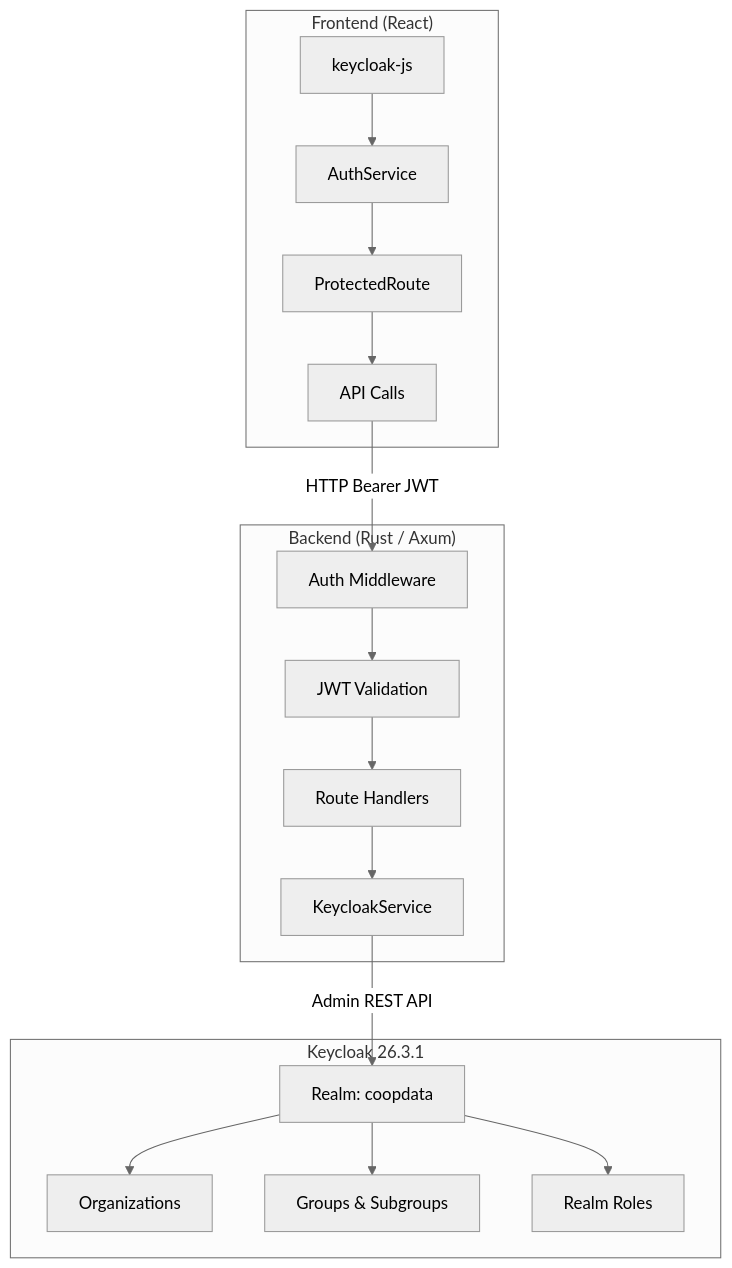
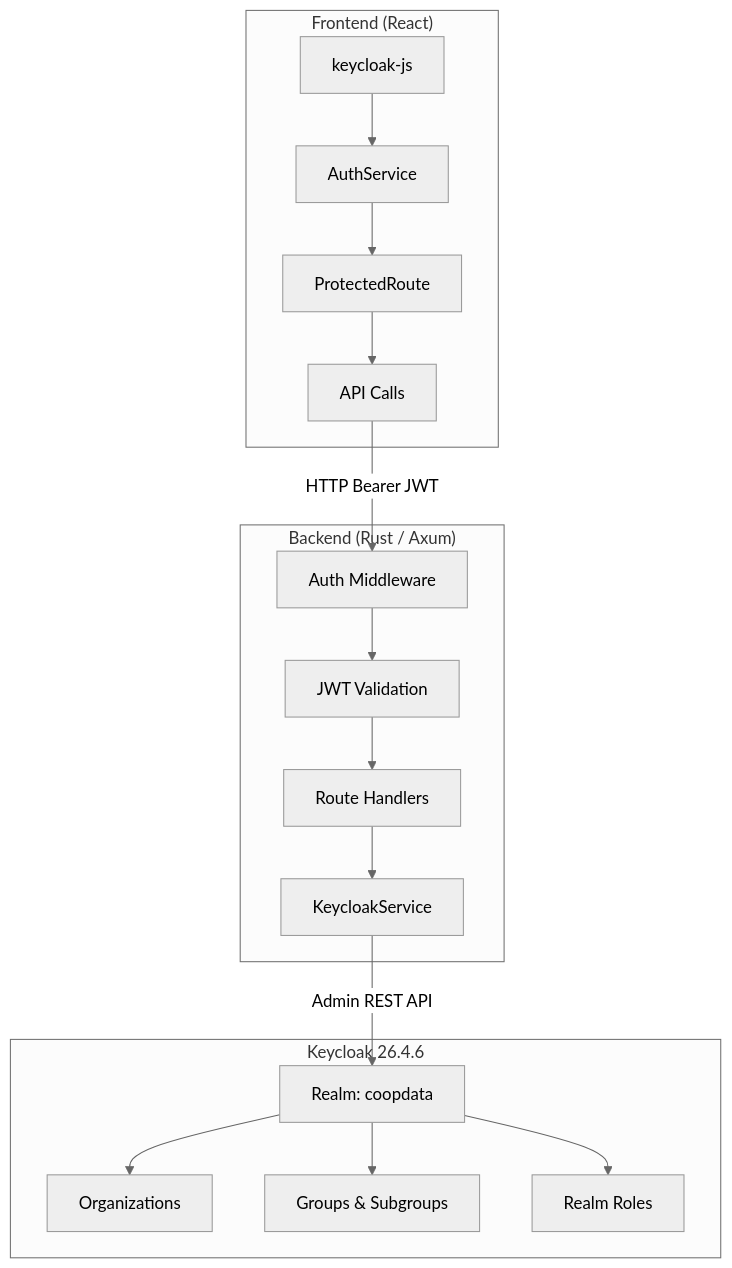
Before and after one commit to ADORSYS-GIS/CoopData: the first of 10 diagrams in docs/RBAC_AND_AUTH_SYSTEM.md, drawn with Mermaid (neutral theme). The commit also changed other lines of this file and 24 other files, not shown here.

````diff
--- a/docs/RBAC_AND_AUTH_SYSTEM.md
+++ b/docs/RBAC_AND_AUTH_SYSTEM.md
@@ -30,35 +30,35 @@
 ```mermaid
 graph TB
     subgraph Frontend ["Frontend (React)"]
         KC[keycloak-js]
         AS[AuthService]
         PR[ProtectedRoute]
         API[API Calls]
     end
 
     subgraph Backend ["Backend (Rust / Axum)"]
         MW[Auth Middleware]
         JWT[JWT Validation]
         RH[Route Handlers]
         KS[KeycloakService]
     end
 
-    subgraph Keycloak ["Keycloak 26.3.1"]
+    subgraph Keycloak ["Keycloak 26.4.6"]
         Realm["Realm: coopdata"]
         Org["Organizations"]
         Groups["Groups & Subgroups"]
         Roles["Realm Roles"]
     end
 
     KC --> AS
     AS --> PR
     PR --> API
     API -->|HTTP Bearer JWT| MW
     MW --> JWT
     JWT --> RH
     RH --> KS
     KS -->|Admin REST API| Realm
     Realm --> Org
     Realm --> Groups
     Realm --> Roles
 ```
````
